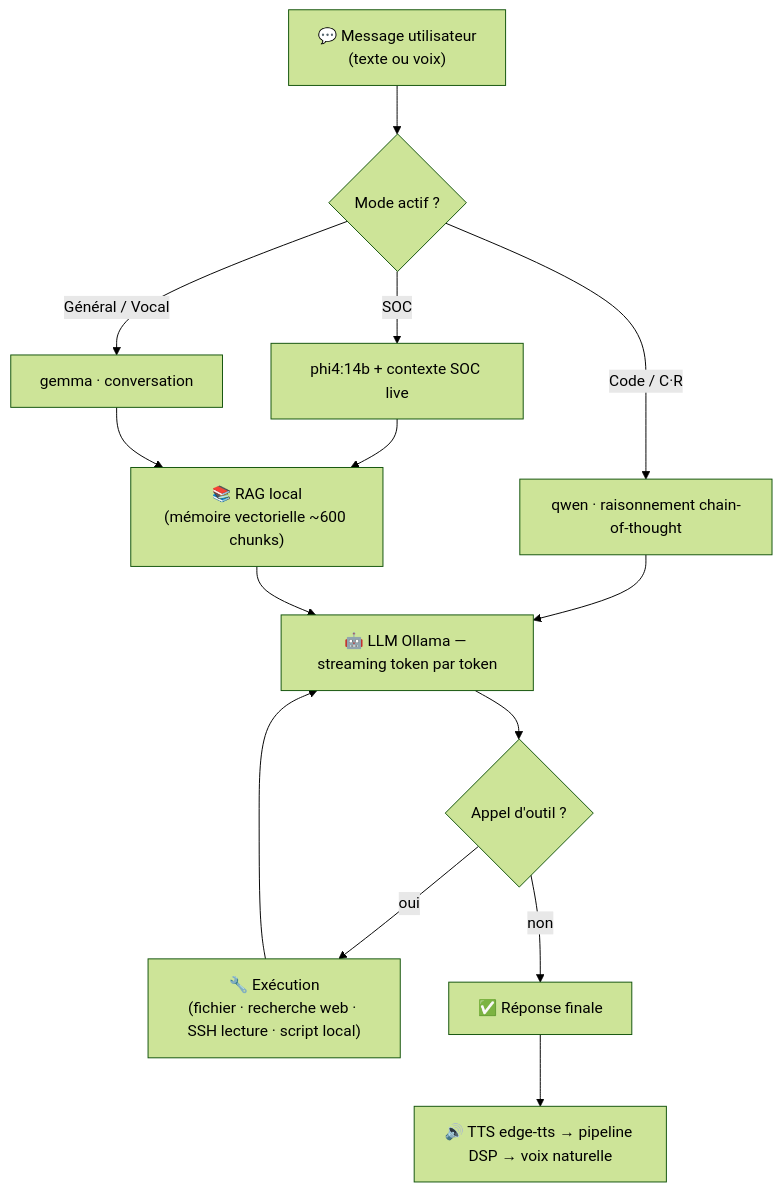
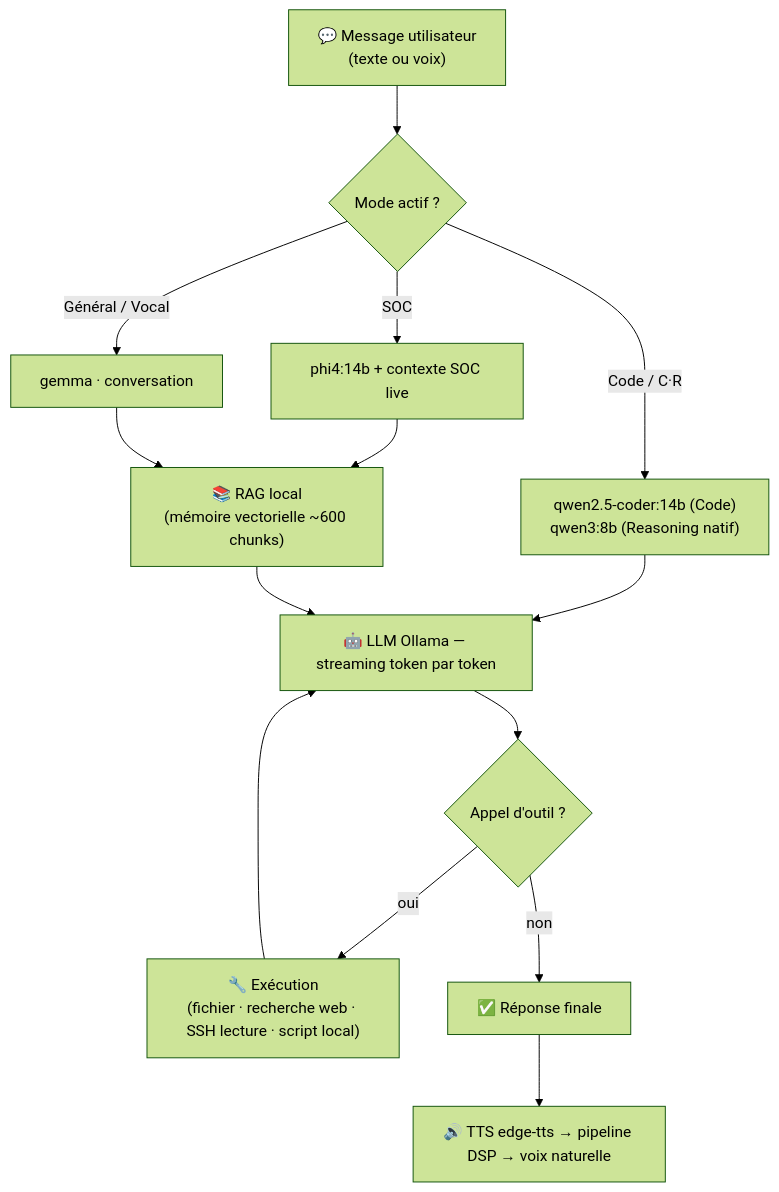
The second of 6 diagrams in README.md (0xCyberLiTech/JARVIS), drawn with Mermaid (forest theme) before and after one commit. The commit also changed other lines of this file, not shown here.

First line of the commit message:
docs(vitrine): aligne JARVIS sur l'etat actuel -- qwen3:8b (Code-Reasoning) coherent

````diff
--- a/README.md
+++ b/README.md
@@ -208,16 +208,16 @@
 ```mermaid
 flowchart TD
     A["💬 Message utilisateur<br/>(texte ou voix)"] --> B{"Mode actif ?"}
     B -->|SOC| C["phi4:14b + contexte SOC live"]
-    B -->|Code / C·R| D["qwen · raisonnement chain-of-thought"]
+    B -->|Code / C·R| D["qwen2.5-coder:14b (Code)<br/>qwen3:8b (Reasoning natif)"]
     B -->|Général / Vocal| E["gemma · conversation"]
     C --> R["📚 RAG local<br/>(mémoire vectorielle ~600 chunks)"]
     D --> F
     E --> R
     R --> F["🤖 LLM Ollama — streaming token par token"]
     F --> G{"Appel d'outil ?"}
     G -->|oui| H["🔧 Exécution<br/>(fichier · recherche web · SSH lecture · script local)"]
     H --> F
     G -->|non| I["✅ Réponse finale"]
     I --> J["🔊 TTS edge-tts → pipeline DSP → voix naturelle"]
 ```
````
